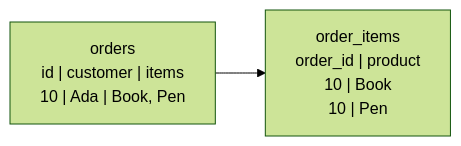
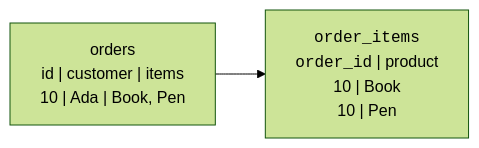
The fifth of 6 diagrams in content/learn/database-design-postgresql/first-normal-form.mdx (dataslope/dataslope), drawn with Mermaid (forest theme) before and after one commit. The commit also changed other lines of this file and 153 other files, not shown here.

First line of the commit message:
Render code-only mermaid shapes in monospace; convert step sequences to Steps

````diff
--- a/content/learn/database-design-postgresql/first-normal-form.mdx
+++ b/content/learn/database-design-postgresql/first-normal-form.mdx
@@ -172,4 +172,4 @@
 ```mermaid
 flowchart LR
-    Bad["orders<br/>id | customer | items<br/>10 | Ada | Book, Pen"] --> Good["order_items<br/>order_id | product<br/>10 | Book<br/>10 | Pen"]
+    Bad["orders<br/>id | customer | items<br/>10 | Ada | Book, Pen"] --> Good["<code>order_items</code><br/><code>order_id</code> | product<br/>10 | Book<br/>10 | Pen"]
 ```
````
